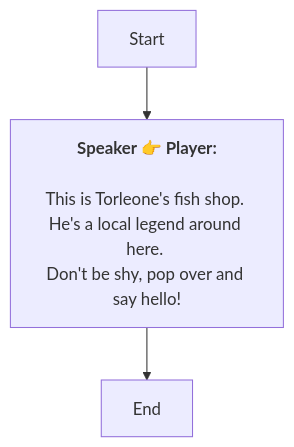
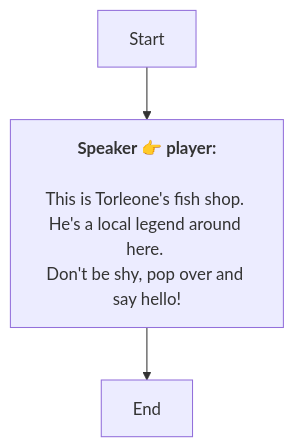
The diagram in En/AddDialogNode_1772249967784086.md (SoftHu/tos_avg), drawn with Mermaid before and after one commit. The commit also changed 737 other files, not shown here.

````diff
--- a/En/AddDialogNode_1772249967784086.md
+++ b/En/AddDialogNode_1772249967784086.md
@@ -1,10 +1,9 @@
 ```mermaid
 graph
-Start -->1772249999193242[<b>Speaker 👉 Player:</b>
-
-This is Torleone's fish shop. 
+Start -->1772249999193242[<b>Speaker 👉 player:</b>
+\nThis is Torleone's fish shop. 
 He's a local legend around here. 
 Don't be shy, pop over and say hello!]
 1772249999193242 -->1772249999194267[End]
 
- ```
+```
````
